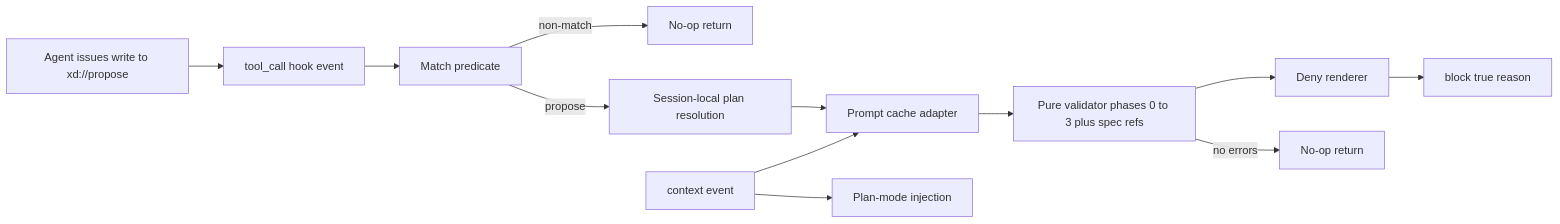
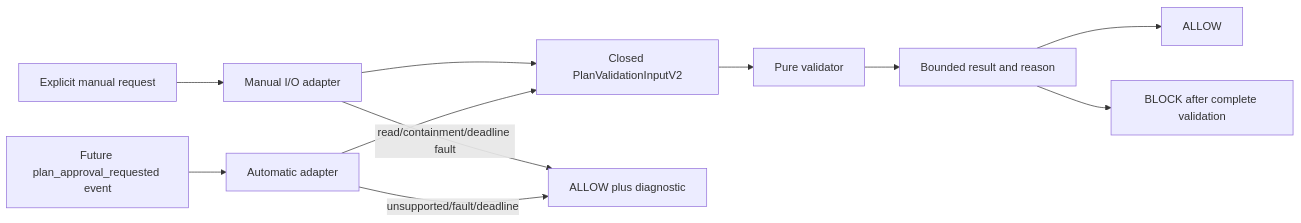
One commit to stgmt/omp-spec-kit changed the diagram in .specs/plan-gate/DESIGN.md. Above: the diagram before and after it, drawn with Mermaid. The commit also changed other lines of this file and 142 other files, not shown here.

````diff
--- a/.specs/plan-gate/DESIGN.md
+++ b/.specs/plan-gate/DESIGN.md
@@ -9,14 +14,13 @@
 ```mermaid
 flowchart LR
-  Model[Agent issues write to xd://propose] --> TC[tool_call hook event]
-  TC --> Match[Match predicate]
-  Match -->|non-match| Pass[No-op return]
-  Match -->|propose| Resolve[Session-local plan resolution]
-  Resolve --> Cache[Prompt cache adapter]
-  Cache --> Val[Pure validator phases 0 to 3 plus spec refs]
-  Val --> Render[Deny renderer]
-  Render --> Block[block true reason]
-  Val -->|no errors| Allow[No-op return]
-  Ctx[context event] --> Inj[Plan-mode injection]
-  Ctx --> Cache
+  Manual[Explicit manual request] --> MIO[Manual I/O adapter]
+  MIO --> Input[Closed PlanValidationInputV2]
+  Host[Future plan_approval_requested event] --> AIO[Automatic adapter]
+  AIO --> Input
+  Input --> Val[Pure validator]
+  Val --> Render[Bounded result and reason]
+  Render --> Allow[ALLOW]
+  Render --> Block[BLOCK after complete validation]
+  MIO -->|read/containment/deadline fault| Diag[ALLOW plus diagnostic]
+  AIO -->|unsupported/fault/deadline| Diag
 ```
````
